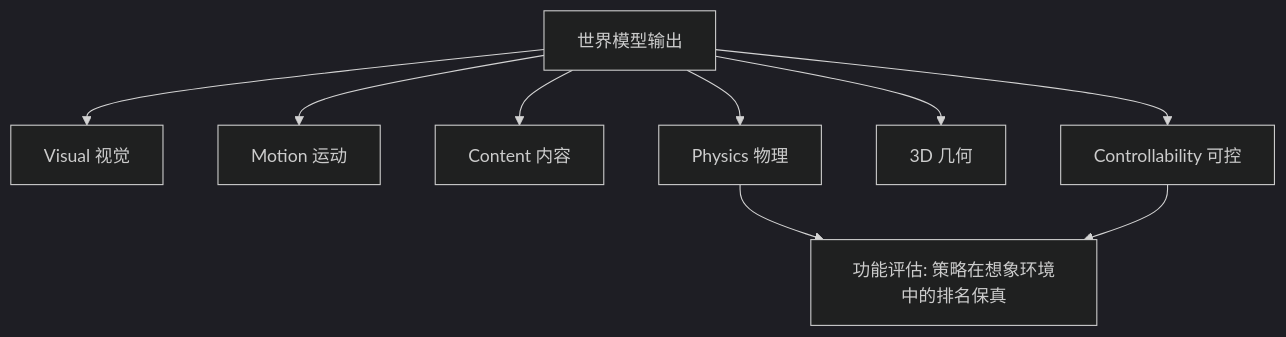
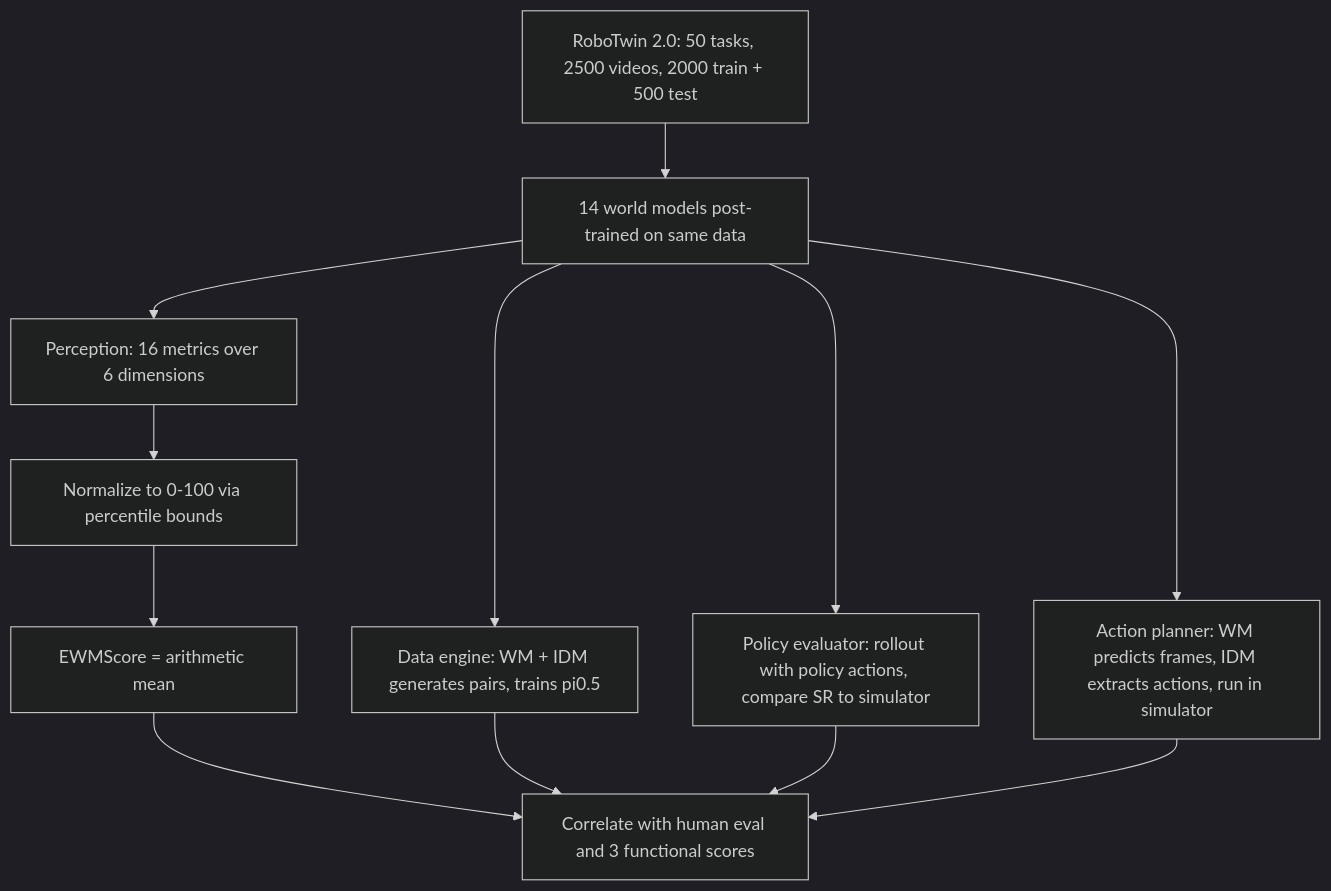
One commit to luohu-arch/physical_intelligence_study changed the diagram in notes/world-model/worldarena.md. Above: the diagram before and after it, drawn with Mermaid (dark theme). The commit also changed other lines of this file and 22 other files, not shown here.

````diff
--- a/notes/world-model/worldarena.md
+++ b/notes/world-model/worldarena.md
@@ -22,11 +23,14 @@
 ```mermaid
 graph TD
-    WM["世界模型输出"] --> D1["Visual 视觉"]
-    WM --> D2["Motion 运动"]
-    WM --> D3["Content 内容"]
-    WM --> D4["Physics 物理"]
-    WM --> D5["3D 几何"]
-    WM --> D6["Controllability 可控"]
-    D4 --> FUNC["功能评估: 策略在想象环境中的排名保真"]
-    D6 --> FUNC
+    DATA["RoboTwin 2.0: 50 tasks, 2500 videos, 2000 train + 500 test"] --> WM
+    WM["14 world models post-trained on same data"] --> P["Perception: 16 metrics over 6 dimensions"]
+    WM --> F1["Data engine: WM + IDM generates pairs, trains pi0.5"]
+    WM --> F2["Policy evaluator: rollout with policy actions, compare SR to simulator"]
+    WM --> F3["Action planner: WM predicts frames, IDM extracts actions, run in simulator"]
+    P --> NORM["Normalize to 0-100 via percentile bounds"]
+    NORM --> EWM["EWMScore = arithmetic mean"]
+    EWM --> CORR["Correlate with human eval and 3 functional scores"]
+    F1 --> CORR
+    F2 --> CORR
+    F3 --> CORR
 ```
````
